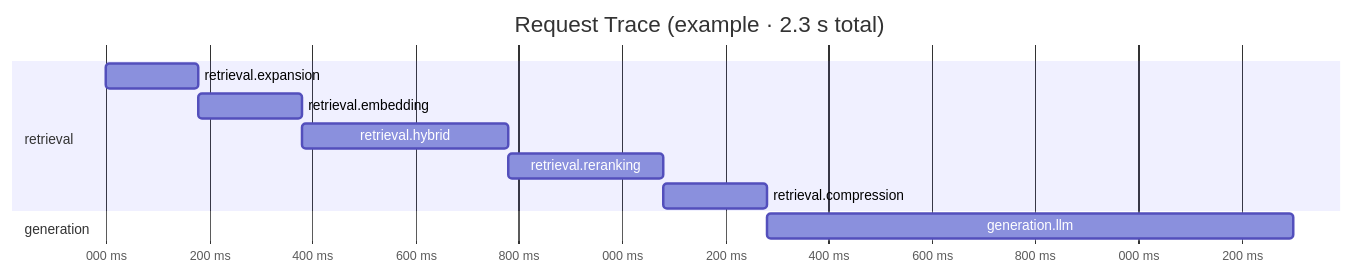
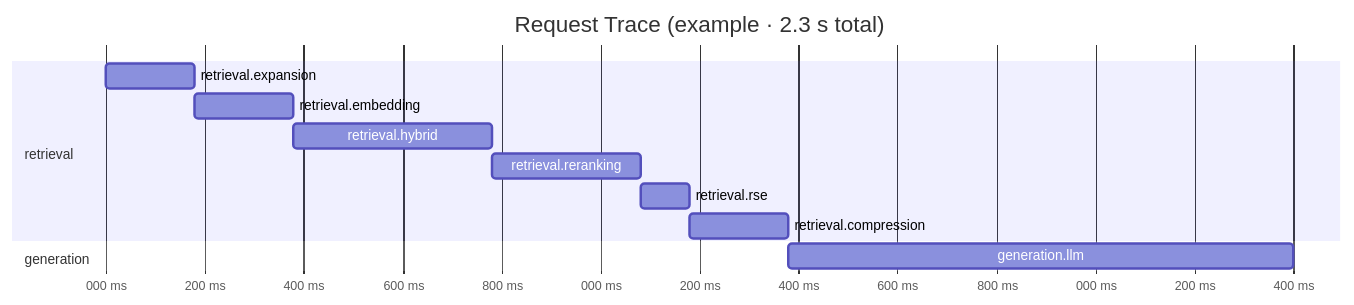
The ninth of 10 diagrams in README.md (ealbertoav/rag_platform), drawn with Mermaid before and after one commit. The commit also changed other lines of this file and 10 other files, not shown here.

First line of the commit message:
feat: add relevant segment extraction (RSE) to retrieval pipeline

````diff
--- a/README.md
+++ b/README.md
@@ -1236,16 +1263,17 @@
 ```mermaid
 gantt
     title Request Trace (example · 2.3 s total)
     dateFormat  x
     axisFormat  %L ms
 
     section retrieval
     retrieval.expansion    :0, 180
     retrieval.embedding    :180, 380
     retrieval.hybrid       :380, 780
     retrieval.reranking    :780, 1080
-    retrieval.compression  :1080, 1280
+    retrieval.rse          :1080, 1180
+    retrieval.compression  :1180, 1380
 
     section generation
-    generation.llm         :1280, 2300
+    generation.llm         :1380, 2400
 ```
````
